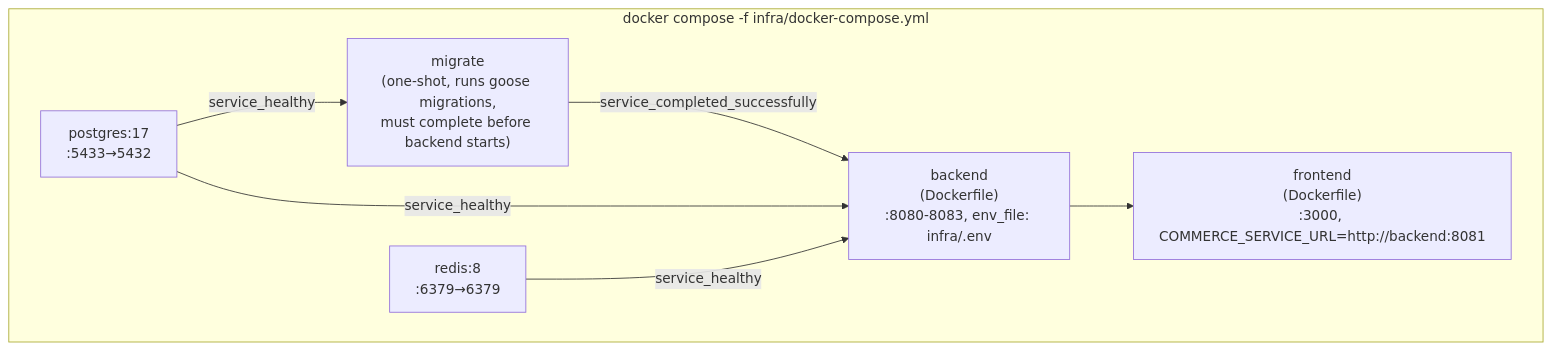
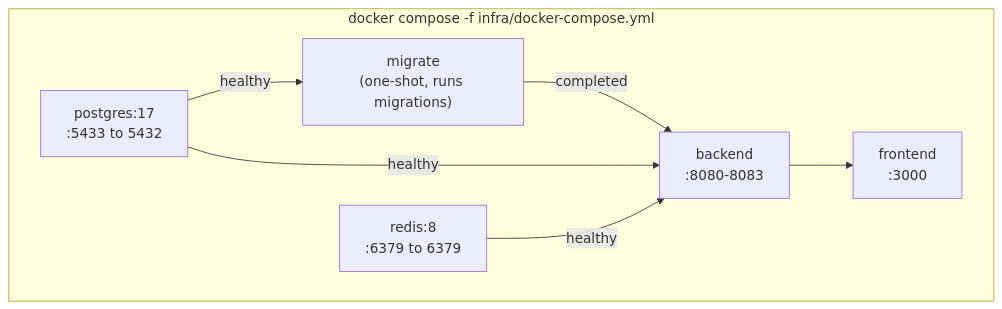
One commit to GarineSaiAjay/commerceos changed the tenth of 10 diagrams in files/ARCHITECTURE.md. Above: the diagram before and after it, drawn with Mermaid. The commit also changed other lines of this file, not shown here.

First line of the commit message:
docs(files): fix distorted Mermaid rendering in ARCHITECTURE.md

````diff
--- a/files/ARCHITECTURE.md
+++ b/files/ARCHITECTURE.md
@@ -437,16 +468,16 @@
 ```mermaid
 flowchart TB
     subgraph Compose["docker compose -f infra/docker-compose.yml"]
-        PG["postgres:17<br/>:5433→5432"]
-        RD["redis:8<br/>:6379→6379"]
-        MG["migrate<br/>(one-shot, runs goose migrations,\nmust complete before backend starts)"]
-        BE["backend<br/>(Dockerfile)<br/>:8080-8083, env_file: infra/.env"]
-        FE["frontend<br/>(Dockerfile)<br/>:3000, COMMERCE_SERVICE_URL=http://backend:8081"]
+        PG["postgres:17<br/>:5433 to 5432"]
+        RD["redis:8<br/>:6379 to 6379"]
+        MG["migrate<br/>(one-shot, runs migrations)"]
+        BE["backend<br/>:8080-8083"]
+        FE["frontend<br/>:3000"]
     end
 
-    PG -->|service_healthy| MG
-    MG -->|service_completed_successfully| BE
-    PG -->|service_healthy| BE
-    RD -->|service_healthy| BE
+    PG -->|healthy| MG
+    MG -->|completed| BE
+    PG -->|healthy| BE
+    RD -->|healthy| BE
     BE --> FE
 ```
````
